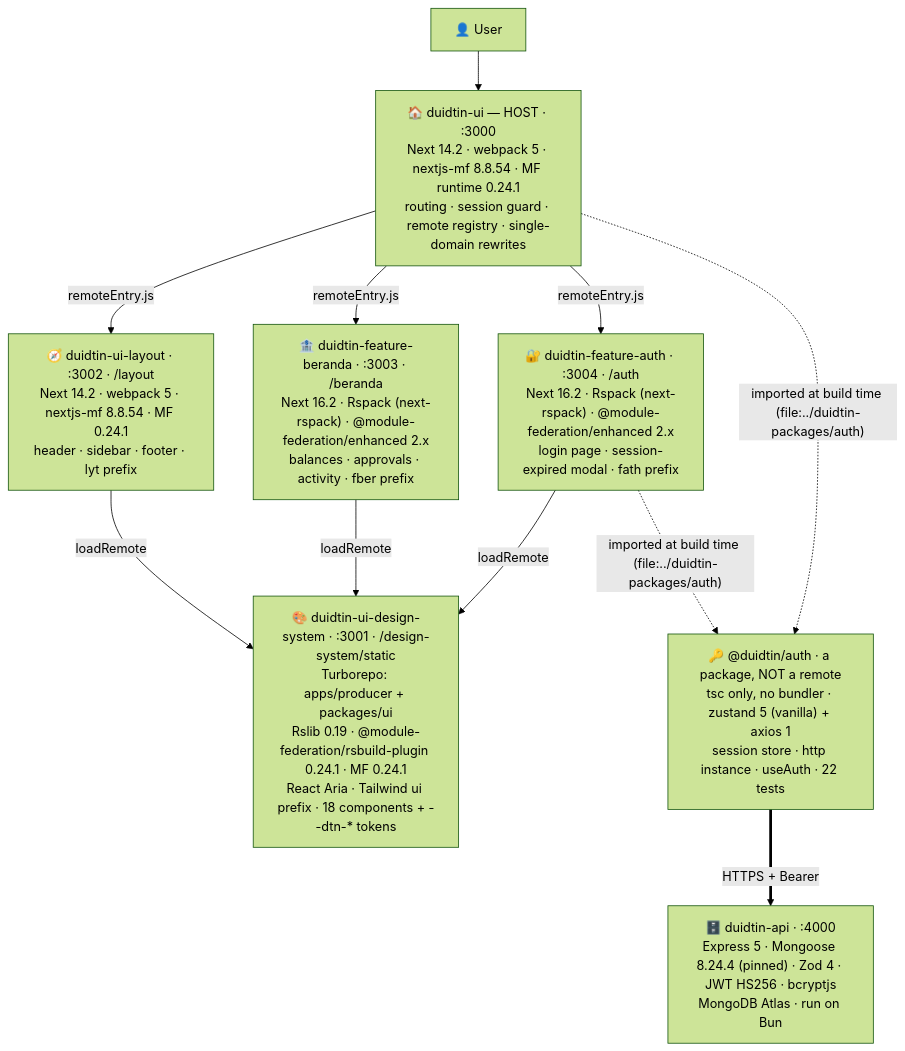
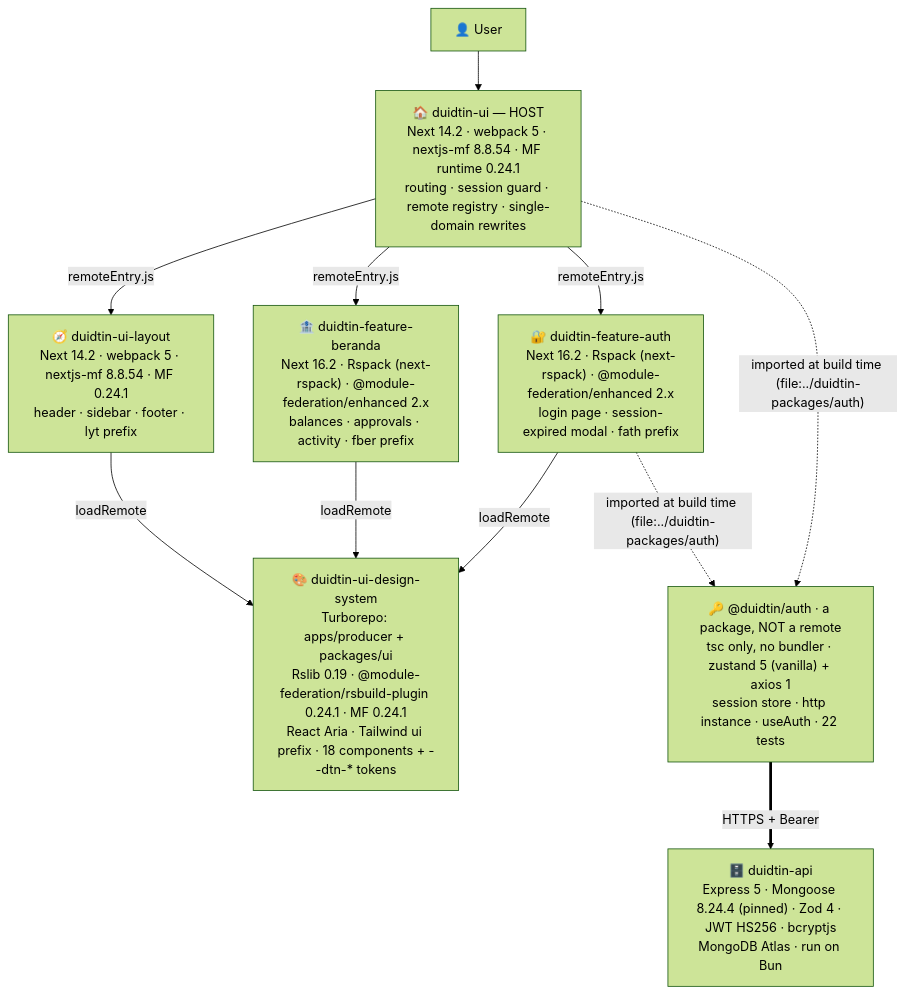
One commit to AnggaWikaNugraha/super-apps-microfrontend-duidtin changed the diagram in README.md. Above: the diagram before and after it, drawn with Mermaid (forest theme). The commit also changed 1 other file, not shown here.

````diff
--- a/README.md
+++ b/README.md
@@ -392,19 +392,19 @@
 ```mermaid
 graph TD
   U["👤 User"] --> H
 
-  H["🏠 duidtin-ui — HOST · :3000<br/>Next 14.2 · webpack 5 · nextjs-mf 8.8.54 · MF runtime 0.24.1<br/>routing · session guard · remote registry · single-domain rewrites"]
+  H["🏠 duidtin-ui — HOST<br/>Next 14.2 · webpack 5 · nextjs-mf 8.8.54 · MF runtime 0.24.1<br/>routing · session guard · remote registry · single-domain rewrites"]
 
-  H -- "remoteEntry.js" --> L["🧭 duidtin-ui-layout · :3002 · /layout<br/>Next 14.2 · webpack 5 · nextjs-mf 8.8.54 · MF 0.24.1<br/>header · sidebar · footer · lyt prefix"]
-  H -- "remoteEntry.js" --> B["🏦 duidtin-feature-beranda · :3003 · /beranda<br/>Next 16.2 · Rspack (next-rspack) · @module-federation/enhanced 2.x<br/>balances · approvals · activity · fber prefix"]
-  H -- "remoteEntry.js" --> A["🔐 duidtin-feature-auth · :3004 · /auth<br/>Next 16.2 · Rspack (next-rspack) · @module-federation/enhanced 2.x<br/>login page · session-expired modal · fath prefix"]
+  H -- "remoteEntry.js" --> L["🧭 duidtin-ui-layout<br/>Next 14.2 · webpack 5 · nextjs-mf 8.8.54 · MF 0.24.1<br/>header · sidebar · footer · lyt prefix"]
+  H -- "remoteEntry.js" --> B["🏦 duidtin-feature-beranda<br/>Next 16.2 · Rspack (next-rspack) · @module-federation/enhanced 2.x<br/>balances · approvals · activity · fber prefix"]
+  H -- "remoteEntry.js" --> A["🔐 duidtin-feature-auth<br/>Next 16.2 · Rspack (next-rspack) · @module-federation/enhanced 2.x<br/>login page · session-expired modal · fath prefix"]
 
-  L -- "loadRemote" --> DS["🎨 duidtin-ui-design-system · :3001 · /design-system/static<br/>Turborepo: apps/producer + packages/ui<br/>Rslib 0.19 · @module-federation/rsbuild-plugin 0.24.1 · MF 0.24.1<br/>React Aria · Tailwind ui prefix · 18 components + --dtn-* tokens"]
+  L -- "loadRemote" --> DS["🎨 duidtin-ui-design-system<br/>Turborepo: apps/producer + packages/ui<br/>Rslib 0.19 · @module-federation/rsbuild-plugin 0.24.1 · MF 0.24.1<br/>React Aria · Tailwind ui prefix · 18 components + --dtn-* tokens"]
   B -- "loadRemote" --> DS
   A -- "loadRemote" --> DS
 
   H -. "imported at build time (file:../duidtin-packages/auth)" .-> P["🔑 @duidtin/auth · a package, NOT a remote<br/>tsc only, no bundler · zustand 5 (vanilla) + axios 1<br/>session store · http instance · useAuth · 22 tests"]
   A -. "imported at build time (file:../duidtin-packages/auth)" .-> P
 
-  P == "HTTPS + Bearer" ==> API["🗄️ duidtin-api · :4000<br/>Express 5 · Mongoose 8.24.4 (pinned) · Zod 4 · JWT HS256 · bcryptjs<br/>MongoDB Atlas · run on Bun"]
+  P == "HTTPS + Bearer" ==> API["🗄️ duidtin-api<br/>Express 5 · Mongoose 8.24.4 (pinned) · Zod 4 · JWT HS256 · bcryptjs<br/>MongoDB Atlas · run on Bun"]
 ```
````
